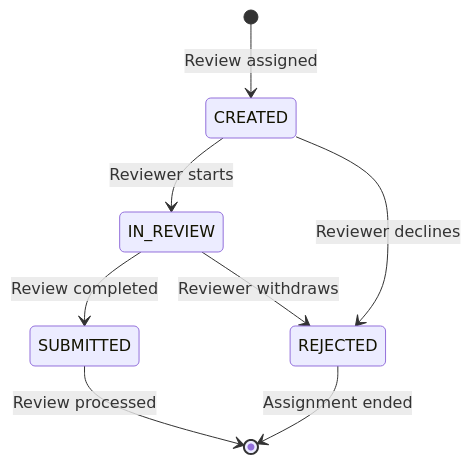
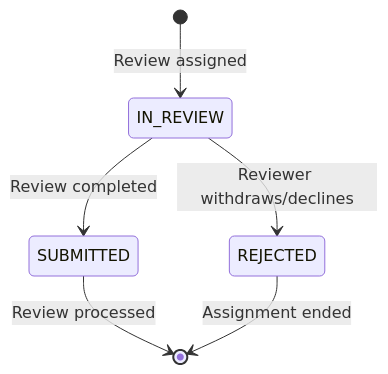
One commit to waldur/waldur-docs changed the fourth of 11 diagrams in docs/developer-guide/core-concepts/proposals.md. Above: the diagram before and after it, drawn with Mermaid. The commit also changed other lines of this file and 41 other files, not shown here.

````diff
--- a/docs/developer-guide/core-concepts/proposals.md
+++ b/docs/developer-guide/core-concepts/proposals.md
@@ -126,13 +126,10 @@
 ```mermaid
 stateDiagram-v2
-    [*] --> CREATED : Review assigned
-
-    CREATED --> IN_REVIEW : Reviewer starts
-    CREATED --> REJECTED : Reviewer declines
+    [*] --> IN_REVIEW : Review assigned
 
     IN_REVIEW --> SUBMITTED : Review completed
-    IN_REVIEW --> REJECTED : Reviewer withdraws
+    IN_REVIEW --> REJECTED : Reviewer withdraws/declines
 
     SUBMITTED --> [*] : Review processed
     REJECTED --> [*] : Assignment ended
 ```
````
